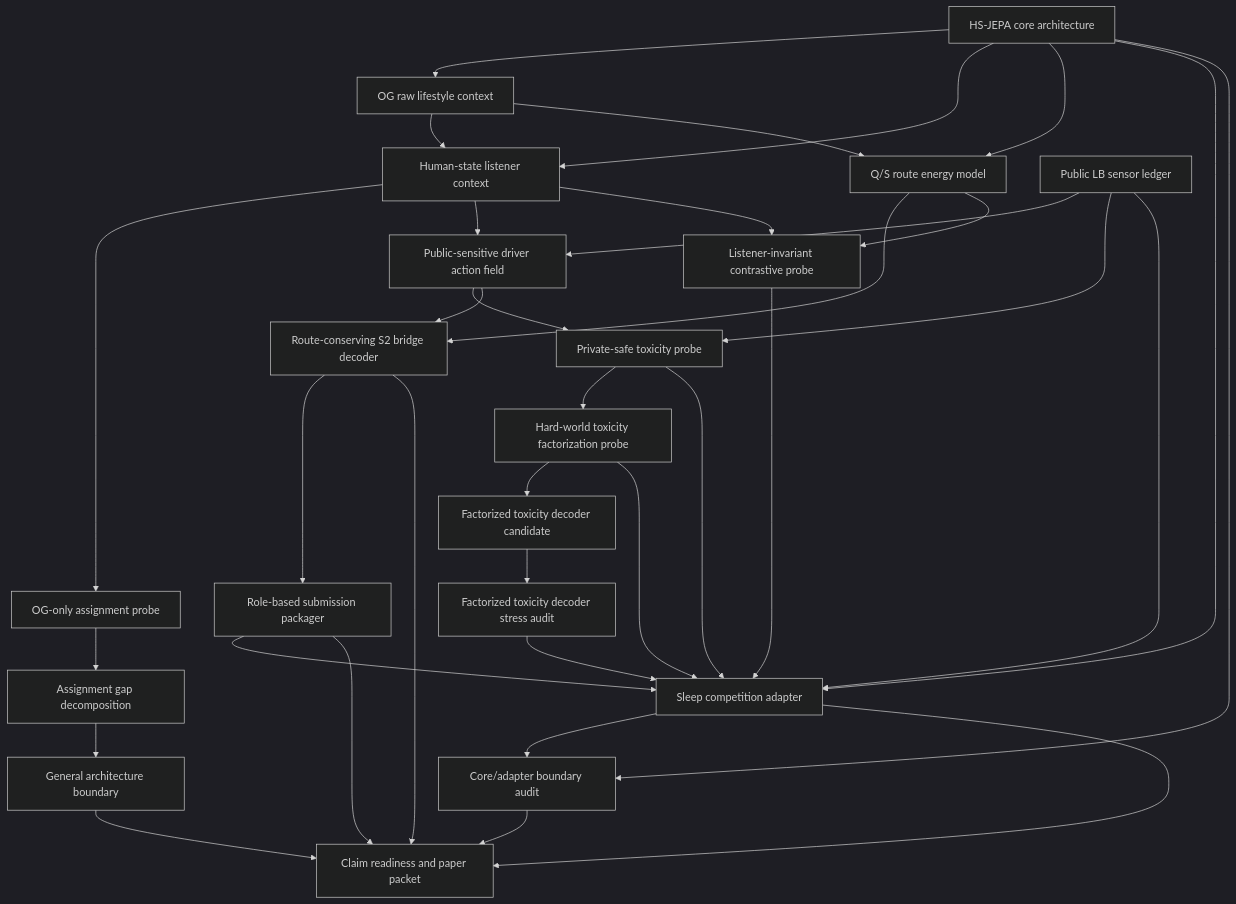
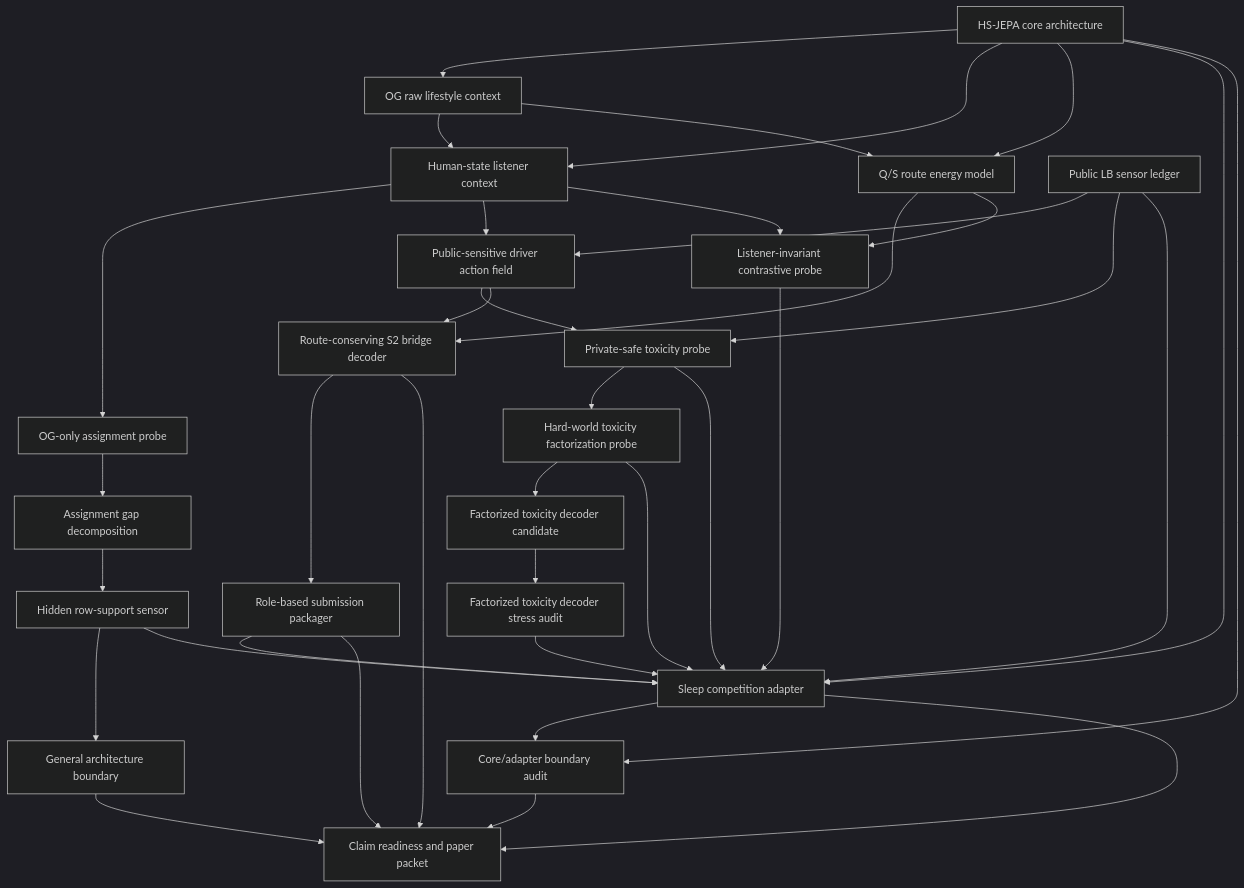
Before and after one commit to kbsooo/etri: the diagram in team_hsjepa_end_to_end/outputs/route_conserving_s2_bridge/hsjepa_pipeline_manifest_ko.md, drawn with Mermaid (dark theme). The commit also changed other lines of this file and 31 other files, not shown here.

Commit message:
feat(hsjepa): add hidden row support sensor probe

````diff
--- a/team_hsjepa_end_to_end/outputs/route_conserving_s2_bridge/hsjepa_pipeline_manifest_ko.md
+++ b/team_hsjepa_end_to_end/outputs/route_conserving_s2_bridge/hsjepa_pipeline_manifest_ko.md
@@ -13,37 +13,39 @@
 ```mermaid
 flowchart TD
     CORE["HS-JEPA core architecture"] --> A["OG raw lifestyle context"]
     CORE --> C["Human-state listener context"]
     CORE --> D["Q/S route energy model"]
     A["OG raw lifestyle context"] --> C["Human-state listener context"]
     A --> D["Q/S route energy model"]
     C --> P1["OG-only assignment probe"]
     P1 --> GAP["Assignment gap decomposition"]
-    GAP --> GEN["General architecture boundary"]
+    GAP --> RSP["Hidden row-support sensor"]
+    RSP --> GEN["General architecture boundary"]
     B["Public LB sensor ledger"] --> E["Public-sensitive driver action field"]
     C --> E
     D --> F["Route-conserving S2 bridge decoder"]
     C --> P2["Listener-invariant contrastive probe"]
     D --> P2
     B --> P3["Private-safe toxicity probe"]
     E --> P3
     P3 --> P4["Hard-world toxicity factorization probe"]
     P4 --> P5["Factorized toxicity decoder candidate"]
     P5 --> P6["Factorized toxicity decoder stress audit"]
     E --> F
     F --> G["Role-based submission packager"]
     G --> ADAPT["Sleep competition adapter"]
     CORE --> ADAPT
     B --> ADAPT
     P2 --> ADAPT
     P3 --> ADAPT
     P4 --> ADAPT
     P6 --> ADAPT
+    RSP --> ADAPT
     ADAPT --> BAUD["Core/adapter boundary audit"]
     CORE --> BAUD
     GEN --> H["Claim readiness and paper packet"]
     BAUD --> H
     ADAPT --> H["Claim readiness and paper packet"]
     G --> H["Claim readiness and paper packet"]
     F --> H
 ```
````
